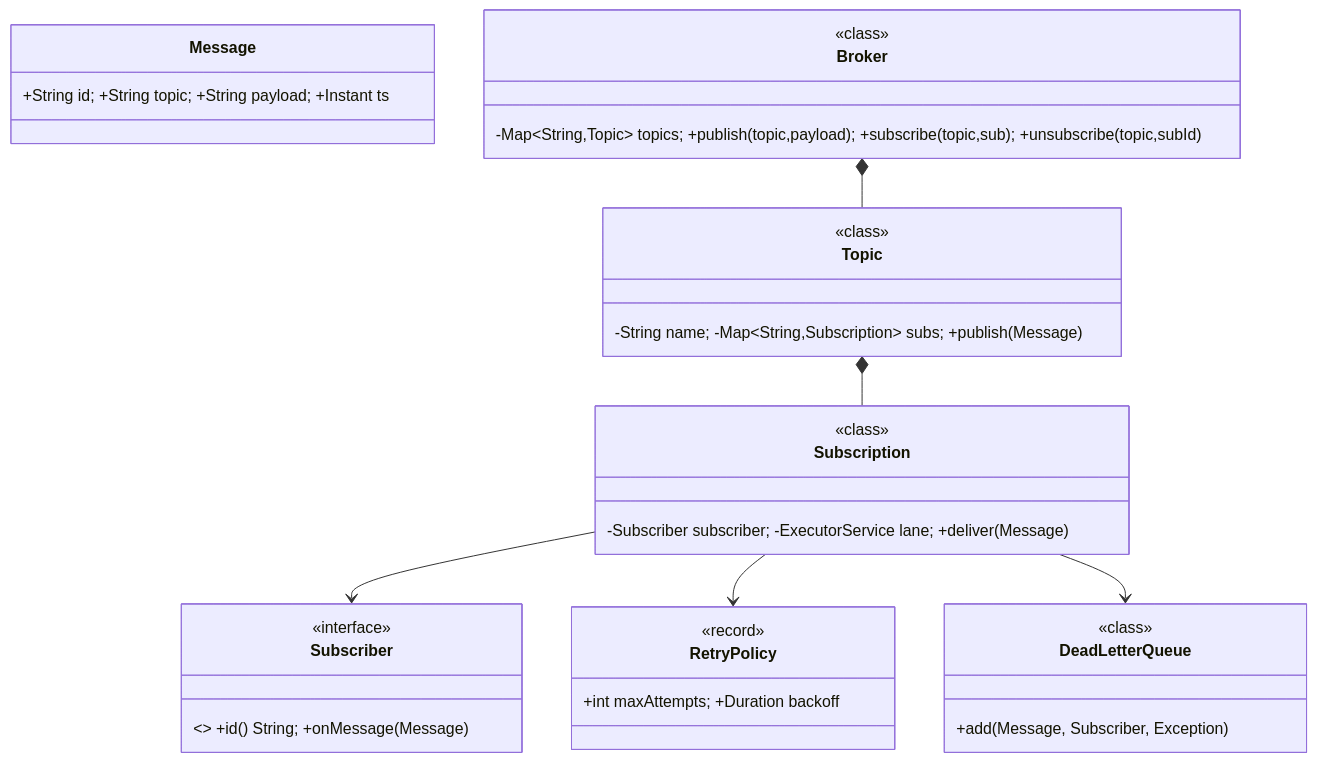
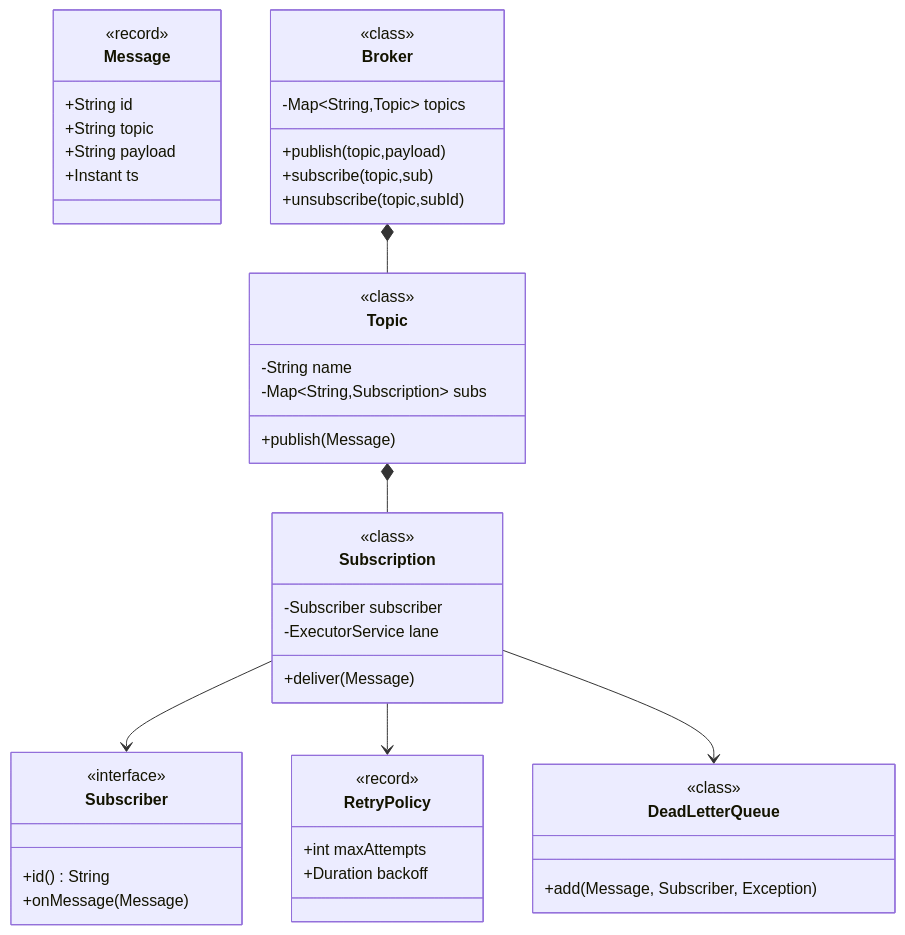
The first of 2 diagrams in system-design/lld/04-pub-sub.md (amarkum/amarkumar.guru), drawn with Mermaid before and after one commit. The commit also changed other lines of this file and 27 other files, not shown here.

````diff
--- a/system-design/lld/04-pub-sub.md
+++ b/system-design/lld/04-pub-sub.md
@@ -36,33 +36,61 @@
 ```mermaid
 classDiagram
-    class Message { +String id; +String topic; +String payload; +Instant ts }
-    class Subscriber { <<interface>> +id() String; +onMessage(Message) }
-    class Subscription { -Subscriber subscriber; -ExecutorService lane; +deliver(Message) }
-    class Topic { -String name; -Map~String,Subscription~ subs; +publish(Message) }
-    class Broker { -Map~String,Topic~ topics; +publish(topic,payload); +subscribe(topic,sub); +unsubscribe(topic,subId) }
-    class RetryPolicy { +int maxAttempts; +Duration backoff }
-    class DeadLetterQueue { +add(Message, Subscriber, Exception) }
+    class Message {
+      <<record>>
+      +String id
+      +String topic
+      +String payload
+      +Instant ts
+    }
+    class Subscriber {
+      <<interface>>
+      +id() String
+      +onMessage(Message)
+    }
+    class Subscription {
+      -Subscriber subscriber
+      -ExecutorService lane
+      +deliver(Message)
+    }
+    class Topic {
+      -String name
+      -Map~String,Subscription~ subs
+      +publish(Message)
+    }
+    class Broker {
+      -Map~String,Topic~ topics
+      +publish(topic,payload)
+      +subscribe(topic,sub)
+      +unsubscribe(topic,subId)
+    }
+    class RetryPolicy {
+      +int maxAttempts
+      +Duration backoff
+    }
+    class DeadLetterQueue {
+      +add(Message, Subscriber, Exception)
+    }
     Broker *-- Topic
     Topic *-- Subscription
     Subscription --> Subscriber
     Subscription --> RetryPolicy
     Subscription --> DeadLetterQueue
     class Subscription {
       <<class>>
     }
     class DeadLetterQueue {
       <<class>>
     }
     class RetryPolicy {
       <<record>>
     }
     class Broker {
       <<class>>
     }
     class Topic {
       <<class>>
     }
     class Subscriber {
       <<interface>>
     }
 ```
````
